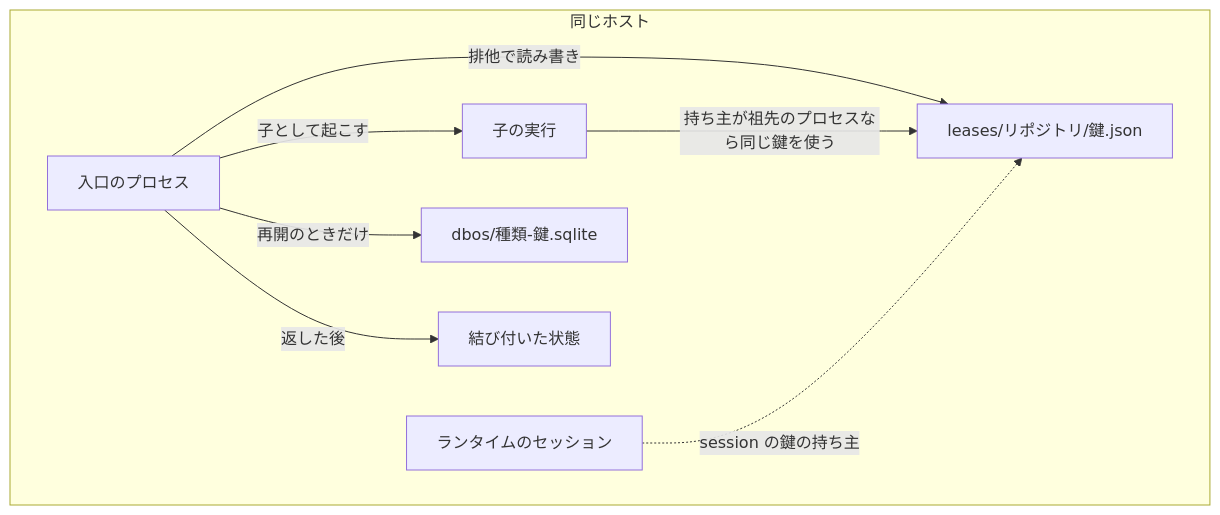
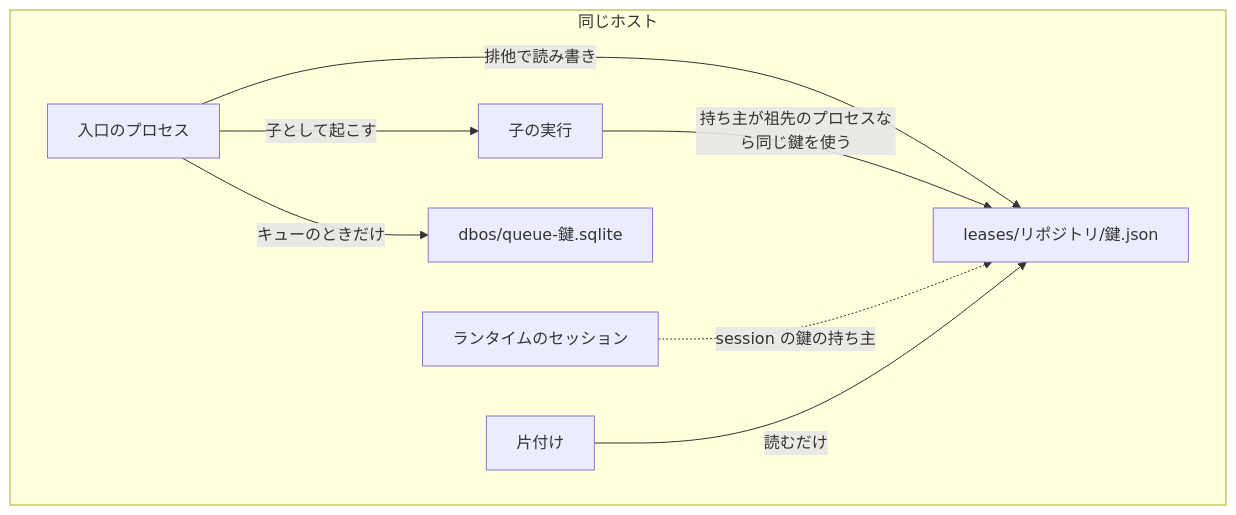
One commit to devbasex/ai-plugins changed the second of 7 diagrams in issues/issue-2342-design.md. Above: the diagram before and after it, drawn with Mermaid. The commit also changed other lines of this file and 5 other files, not shown here.

````diff
--- a/issues/issue-2342-design.md
+++ b/issues/issue-2342-design.md
@@ -193,11 +158,11 @@
 ```mermaid
 graph TD
     subgraph 同じホスト
         A[入口のプロセス] -->|排他で読み書き| LE[leases/リポジトリ/鍵.json]
         A -->|子として起こす| B[子の実行]
         B -->|持ち主が祖先のプロセスなら同じ鍵を使う| LE
         S[ランタイムのセッション] -.->|session の鍵の持ち主| LE
-        A -->|再開のときだけ| DB[dbos/種類-鍵.sqlite]
-        A -->|返した後| W[結び付いた状態]
+        A -->|キューのときだけ| DB[dbos/queue-鍵.sqlite]
+        W[片付け] -->|読むだけ| LE
     end
 ```
````
